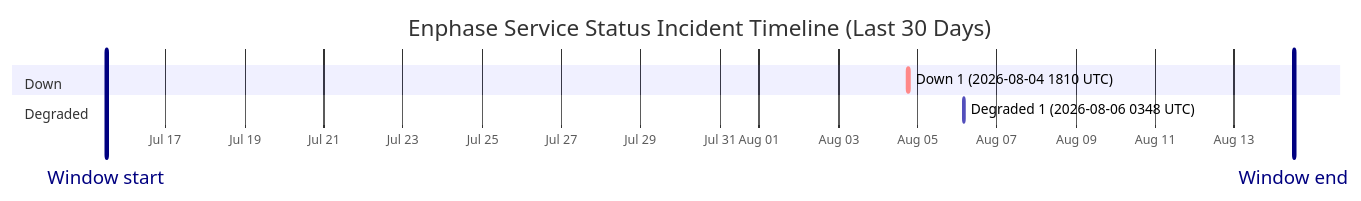
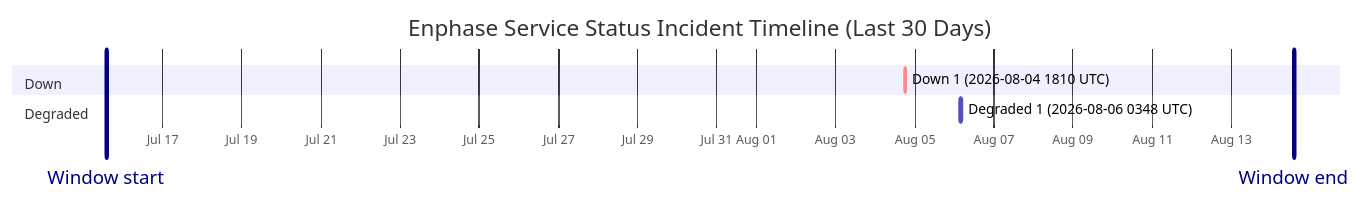
Before and after one commit to barneyonline/ha-enphase-energy: the diagram in wiki/Service-Status-History.md, drawn with Mermaid. The commit also changed other lines of this file and 3 other files, not shown here.

````diff
--- a/wiki/Service-Status-History.md
+++ b/wiki/Service-Status-History.md
@@ -14,12 +14,12 @@
 ```mermaid
 gantt
     title Enphase Service Status Incident Timeline (Last 30 Days)
     dateFormat  YYYY-MM-DDTHH:mm:ss
     axisFormat  %b %d
-    Window start :vert, window-start, 2026-07-15T12:06:52, 0ms
-    Window end :vert, window-end, 2026-08-14T12:06:52, 0ms
+    Window start :vert, window-start, 2026-07-15T13:51:52, 0ms
+    Window end :vert, window-end, 2026-08-14T13:51:52, 0ms
     section Down
     Down 1 (2026-08-04 1810 UTC) :crit, down-1, 2026-08-04T18:10:46, 60m
     section Degraded
     Degraded 1 (2026-08-06 0348 UTC) :active, degraded-1, 2026-08-06T03:48:14, 60m
 ```
````
